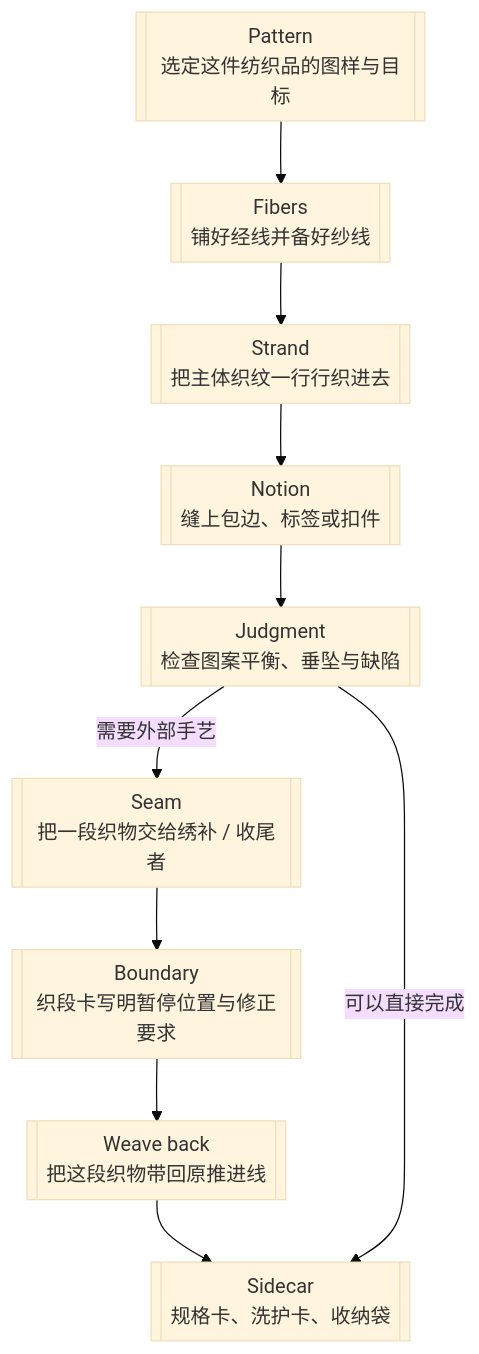
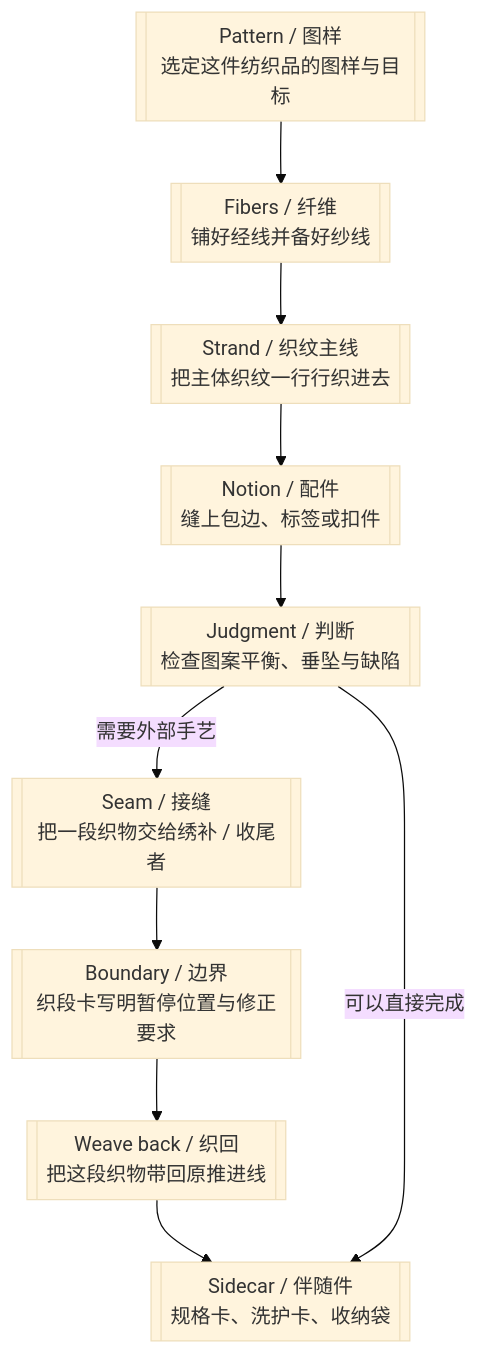
The first of 2 diagrams in docs/zh-cn/architecture/workflow-terminology.md (waynebaby/Techne-Loom), drawn with Mermaid (base theme) before and after one commit. The commit also changed other lines of this file and 19 other files, not shown here.

Commit message:
Standardize Mermaid accessibility across docs

````diff
--- a/docs/zh-cn/architecture/workflow-terminology.md
+++ b/docs/zh-cn/architecture/workflow-terminology.md
@@ -80,12 +80,12 @@
 ```mermaid
 flowchart TD
-    A[[Pattern\n选定这件纺织品的图样与目标]] --> B[[Fibers\n铺好经线并备好纱线]]
-    B --> C[[Strand\n把主体织纹一行行织进去]]
-    C --> D[[Notion\n缝上包边、标签或扣件]]
-    D --> E[[Judgment\n检查图案平衡、垂坠与缺陷]]
-    E -->|需要外部手艺| F[[Seam\n把一段织物交给绣补 / 收尾者]]
-    F --> G[[Boundary\n织段卡写明暂停位置与修正要求]]
-    G --> H[[Weave back\n把这段织物带回原推进线]]
-    H --> I[[Sidecar\n规格卡、洗护卡、收纳袋]]
+    A[[Pattern / 图样\n选定这件纺织品的图样与目标]] --> B[[Fibers / 纤维\n铺好经线并备好纱线]]
+    B --> C[[Strand / 织纹主线\n把主体织纹一行行织进去]]
+    C --> D[[Notion / 配件\n缝上包边、标签或扣件]]
+    D --> E[[Judgment / 判断\n检查图案平衡、垂坠与缺陷]]
+    E -->|需要外部手艺| F[[Seam / 接缝\n把一段织物交给绣补 / 收尾者]]
+    F --> G[[Boundary / 边界\n织段卡写明暂停位置与修正要求]]
+    G --> H[[Weave back / 织回\n把这段织物带回原推进线]]
+    H --> I[[Sidecar / 伴随件\n规格卡、洗护卡、收纳袋]]
     E -->|可以直接完成| I
 ```
````
